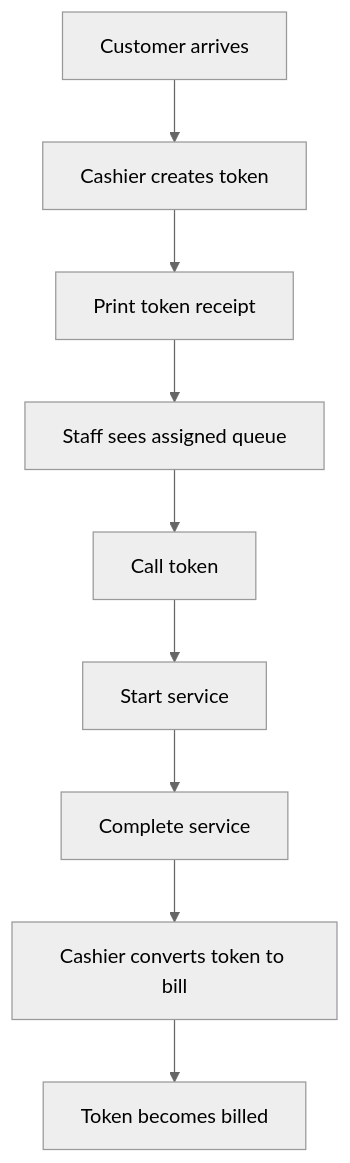
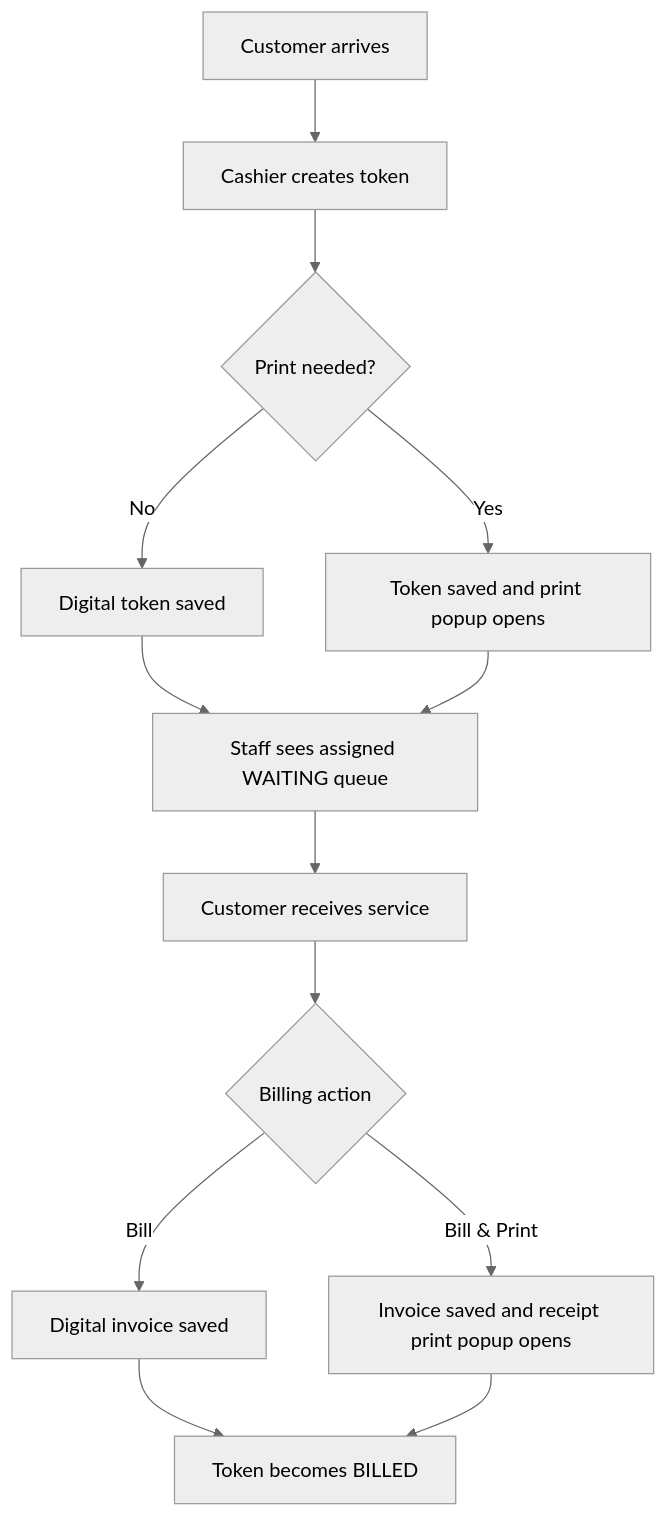
The third of 4 diagrams in docs/APP_FLOW.md (sushantdkl/pos-salons), drawn with Mermaid (neutral theme) before and after one commit. The commit also changed other lines of this file and 9 other files, not shown here.

Commit message:
fix: simplify token queue and print tracking

````diff
--- a/docs/APP_FLOW.md
+++ b/docs/APP_FLOW.md
@@ -115,11 +115,15 @@
 ```mermaid
 flowchart TD
   A["Customer arrives"] --> B["Cashier creates token"]
-  B --> C["Print token receipt"]
-  C --> D["Staff sees assigned queue"]
-  D --> E["Call token"]
-  E --> F["Start service"]
-  F --> G["Complete service"]
-  G --> H["Cashier converts token to bill"]
-  H --> I["Token becomes billed"]
+  B --> C{"Print needed?"}
+  C -->|No| D["Digital token saved"]
+  C -->|Yes| E["Token saved and print popup opens"]
+  D --> F["Staff sees assigned WAITING queue"]
+  E --> F
+  F --> G["Customer receives service"]
+  G --> H{"Billing action"}
+  H -->|Bill| I["Digital invoice saved"]
+  H -->|Bill & Print| J["Invoice saved and receipt print popup opens"]
+  I --> K["Token becomes BILLED"]
+  J --> K
 ```
````
